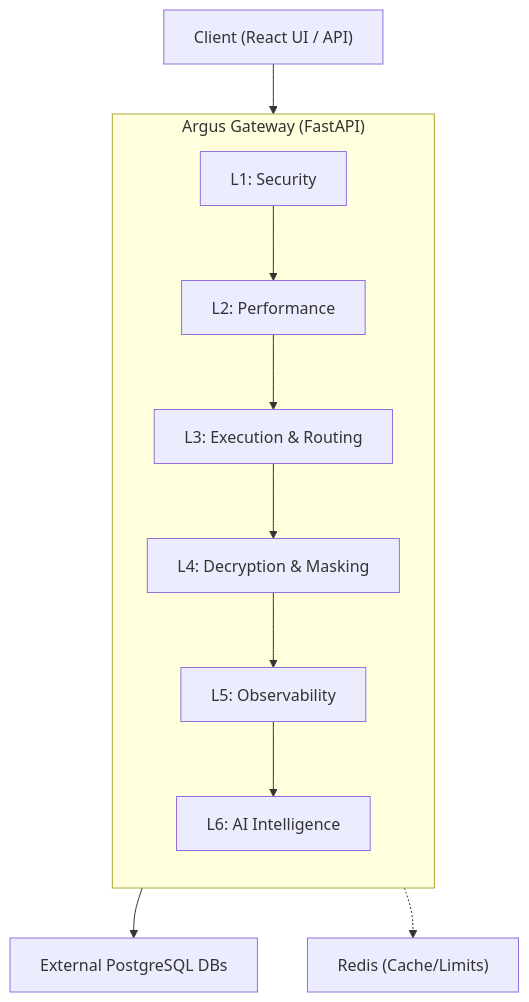
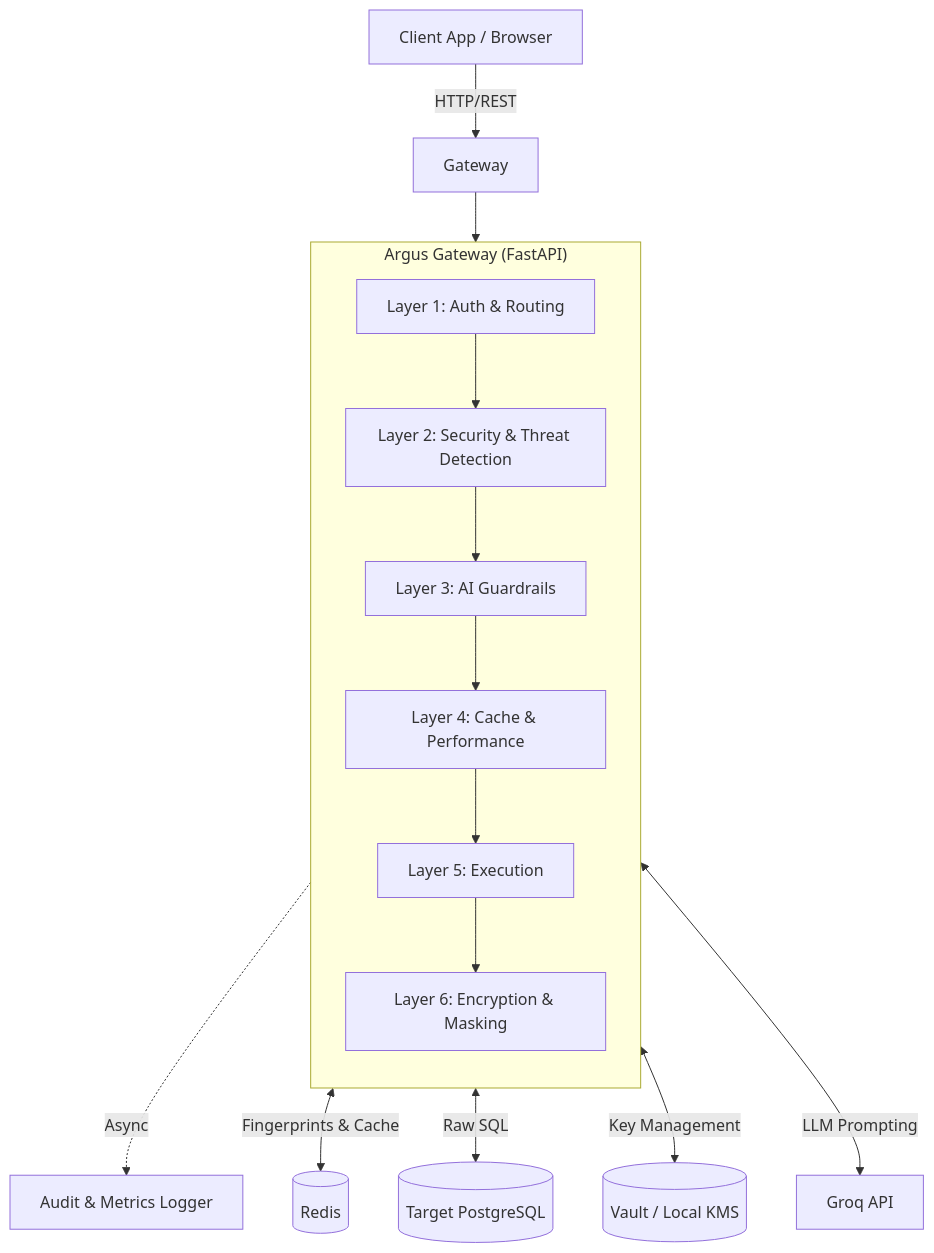
One commit to mmaroof487/SIQG changed the first of 5 diagrams in README.md. Above: the diagram before and after it, drawn with Mermaid. The commit also changed other lines of this file, not shown here.

````diff
--- a/README.md
+++ b/README.md
@@ -28,16 +88,28 @@
 ```mermaid
-graph TB
-    CLIENT["Client (React UI / API)"] --> GATEWAY
+graph TD
+    Client["Client App / Browser"] -->|HTTP/REST| Gateway
     
-    subgraph GATEWAY["Argus Gateway (FastAPI)"]
+    subgraph Argus["Argus Gateway (FastAPI)"]
         direction TB
-        L1["L1: Security"] --> L2["L2: Performance"]
-        L2 --> L3["L3: Execution & Routing"]
-        L3 --> L4["L4: Decryption & Masking"]
-        L4 --> L5["L5: Observability"]
-        L5 --> L6["L6: AI Intelligence"]
+        Auth["Layer 1: Auth & Routing"]
+        Sec["Layer 2: Security & Threat Detection"]
+        AI["Layer 3: AI Guardrails"]
+        Perf["Layer 4: Cache & Performance"]
+        Exec["Layer 5: Execution"]
+        Crypto["Layer 6: Encryption & Masking"]
+        
+        Auth --> Sec
+        Sec --> AI
+        AI --> Perf
+        Perf --> Exec
+        Exec --> Crypto
     end
+
+    Gateway --> Auth
+    Crypto -.->|Async| Audit["Audit & Metrics Logger"]
     
-    GATEWAY --> DB["External PostgreSQL DBs"]
-    GATEWAY -.-> REDIS["Redis (Cache/Limits)"]
+    Perf <-->|Fingerprints & Cache| Redis[(Redis)]
+    Exec <-->|Raw SQL| Postgres[(Target PostgreSQL)]
+    Crypto <-->|Key Management| KMS[(Vault / Local KMS)]
+    AI <-->|LLM Prompting| Groq[Groq API]
 ```
````
